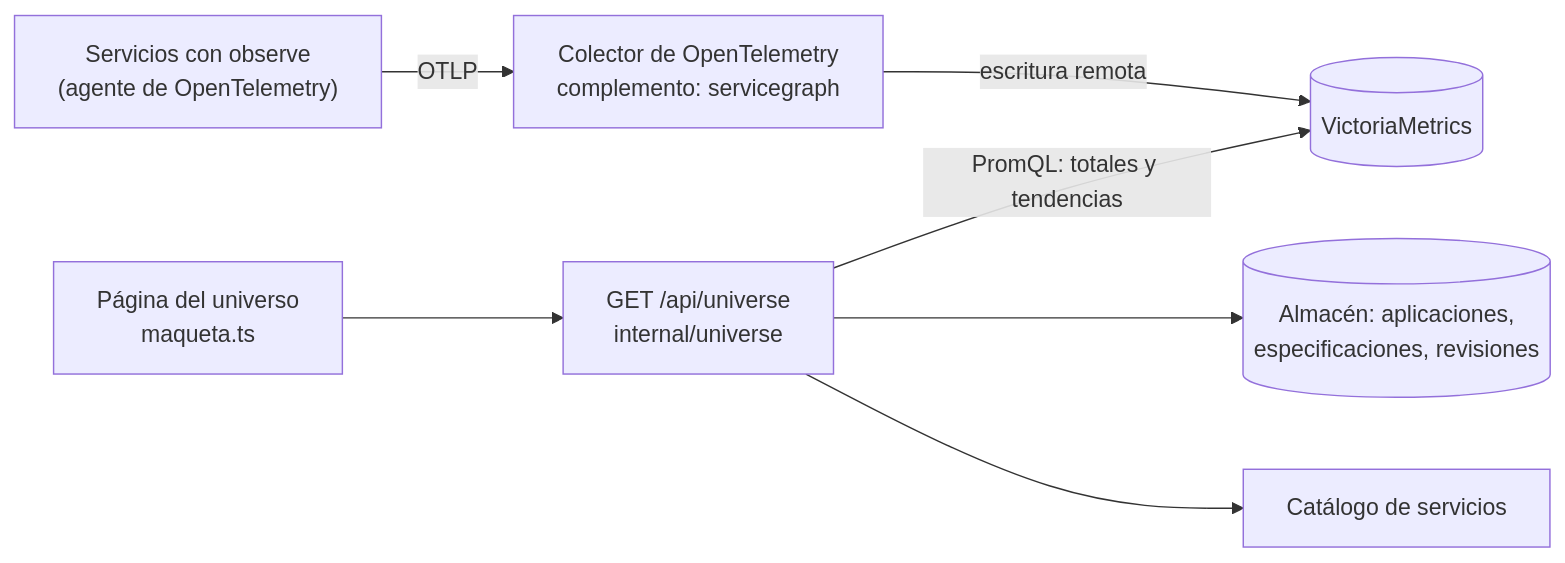
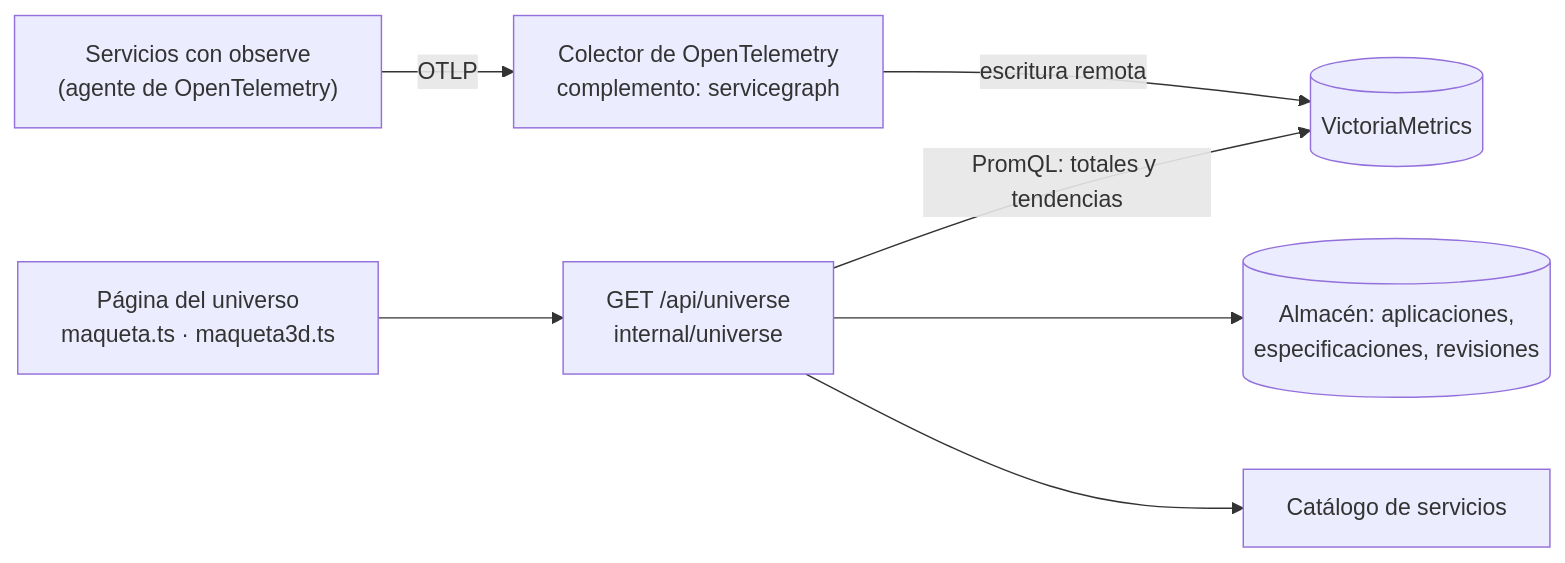
One commit to p0dxD/rendimiento.ai changed the third of 3 diagrams in docs/content/architecture/api-ui.es.md. Above: the diagram before and after it, drawn with Mermaid. The commit also changed other lines of this file and 13 other files, not shown here.

````diff
--- a/docs/content/architecture/api-ui.es.md
+++ b/docs/content/architecture/api-ui.es.md
@@ -78,9 +79,9 @@
 ```mermaid
 flowchart LR
   svc["Servicios con observe<br/>(agente de OpenTelemetry)"] -->|OTLP| col["Colector de OpenTelemetry<br/>complemento: servicegraph"]
   col -->|escritura remota| vm[("VictoriaMetrics")]
   api["GET /api/universe<br/>internal/universe"] -->|"PromQL: totales y tendencias"| vm
   api --> store[("Almacén: aplicaciones,<br/>especificaciones, revisiones")]
   api --> cat["Catálogo de servicios"]
-  page["Página del universo<br/>maqueta.ts"] --> api
+  page["Página del universo<br/>maqueta.ts · maqueta3d.ts"] --> api
 ```
````
